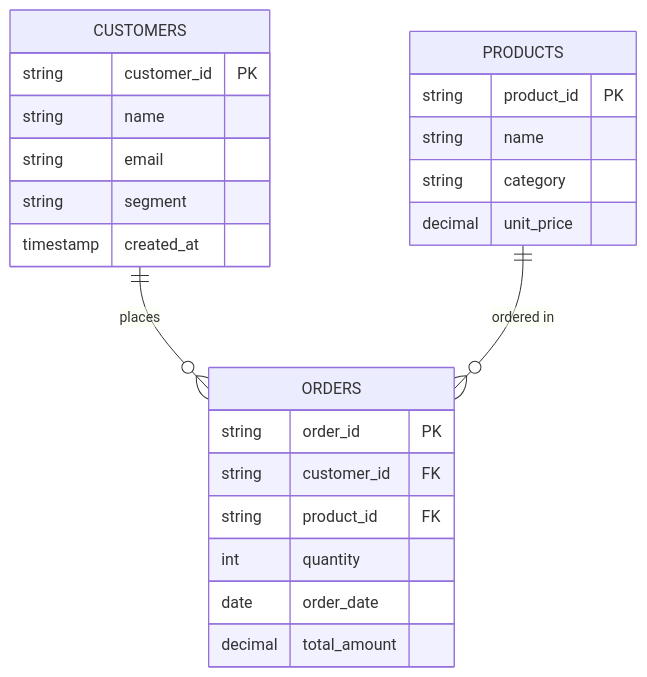
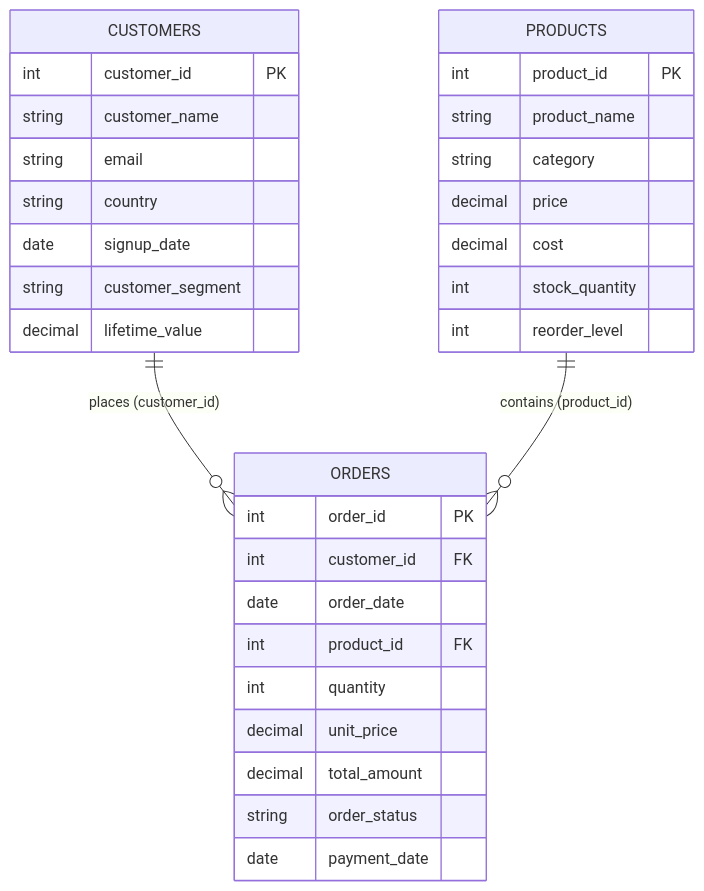
Before and after one commit to ankushttn/databricks-medallion-pipeline: the diagram in data-model.md, drawn with Mermaid. The commit also changed other lines of this file and 4 other files, not shown here.

Commit message:
Architecture & Data Model

````diff
--- a/data-model.md
+++ b/data-model.md
@@ -5,29 +12,37 @@
 ```mermaid
 erDiagram
-    CUSTOMERS ||--o{ ORDERS : places
-    PRODUCTS ||--o{ ORDERS : "ordered in"
+    CUSTOMERS ||--o{ ORDERS : "places (customer_id)"
+    PRODUCTS  ||--o{ ORDERS : "contains (product_id)"
 
     CUSTOMERS {
-        string customer_id PK
-        string name
+        int customer_id PK
+        string customer_name
         string email
-        string segment
-        timestamp created_at
+        string country
+        date signup_date
+        string customer_segment
+        decimal lifetime_value
     }
 
     PRODUCTS {
-        string product_id PK
-        string name
+        int product_id PK
+        string product_name
         string category
-        decimal unit_price
+        decimal price
+        decimal cost
+        int stock_quantity
+        int reorder_level
     }
 
     ORDERS {
-        string order_id PK
-        string customer_id FK
-        string product_id FK
+        int order_id PK
+        int customer_id FK
+        date order_date
+        int product_id FK
         int quantity
-        date order_date
+        decimal unit_price
         decimal total_amount
+        string order_status
+        date payment_date
     }
 ```
````
